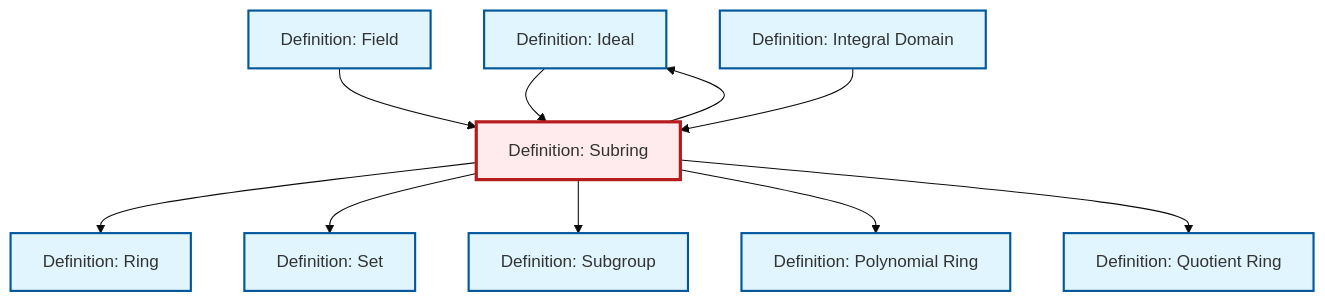
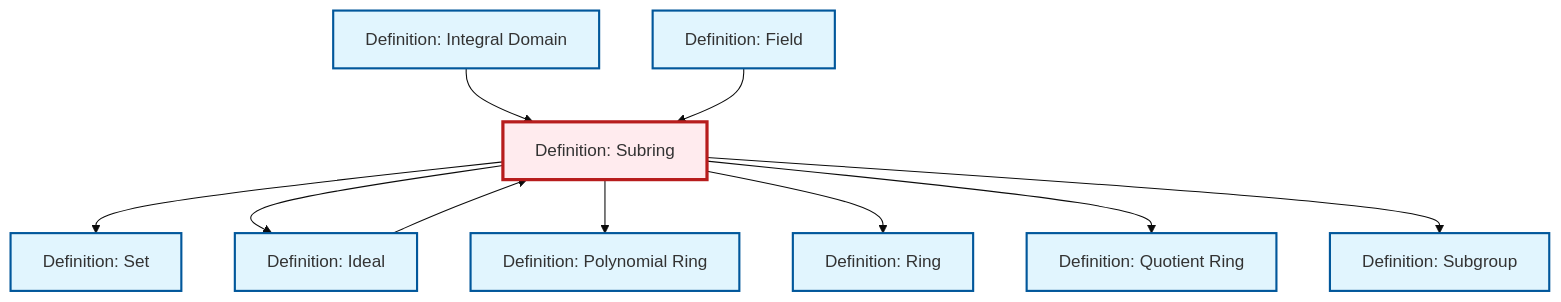
The diagram in content/en/algebra/def-subring.qmd (RK0429/ModernMath), drawn with Mermaid (base theme) before and after one commit. The commit also changed other lines of this file and 1012 other files, not shown here.

````diff
--- a/content/en/algebra/def-subring.qmd
+++ b/content/en/algebra/def-subring.qmd
@@ -84,36 +84,36 @@
 ```{mermaid}
 %%| fig-cap: "Local dependency graph"
 graph TD
     classDef definition fill:#e1f5fe,stroke:#01579b,stroke-width:2px
     classDef theorem fill:#f3e5f5,stroke:#4a148c,stroke-width:2px
     classDef axiom fill:#fff3e0,stroke:#e65100,stroke-width:2px
     classDef example fill:#e8f5e9,stroke:#1b5e20,stroke-width:2px
     classDef current fill:#ffebee,stroke:#b71c1c,stroke-width:3px
+    def-field["Definition: Field"]:::definition
+    def-subring["Definition: Subring"]:::definition
+    def-ring["Definition: Ring"]:::definition
+    def-subgroup["Definition: Subgroup"]:::definition
     def-set["Definition: Set"]:::definition
+    def-quotient-ring["Definition: Quotient Ring"]:::definition
+    def-polynomial-ring["Definition: Polynomial Ring"]:::definition
+    def-integral-domain["Definition: Integral Domain"]:::definition
     def-ideal["Definition: Ideal"]:::definition
-    def-polynomial-ring["Definition: Polynomial Ring"]:::definition
-    def-field["Definition: Field"]:::definition
-    def-quotient-ring["Definition: Quotient Ring"]:::definition
-    def-subgroup["Definition: Subgroup"]:::definition
-    def-integral-domain["Definition: Integral Domain"]:::definition
-    def-ring["Definition: Ring"]:::definition
-    def-subring["Definition: Subring"]:::definition
-    def-subring --> def-ring
     def-subring --> def-set
-    def-subring --> def-subgroup
-    def-subring --> def-polynomial-ring
+    def-integral-domain --> def-subring
     def-field --> def-subring
     def-subring --> def-ideal
+    def-subring --> def-polynomial-ring
+    def-subring --> def-ring
     def-subring --> def-quotient-ring
+    def-subring --> def-subgroup
     def-ideal --> def-subring
-    def-integral-domain --> def-subring
     class def-subring current
+    click def-field "def-field.html" "Go to Field definition"
+    click def-ring "def-ring.html" "Go to Ring definition"
+    click def-subgroup "def-subgroup.html" "Go to Subgroup definition"
     click def-set "def-set.html" "Go to Set definition"
+    click def-quotient-ring "def-quotient-ring.html" "Go to Quotient Ring definition"
+    click def-polynomial-ring "def-polynomial-ring.html" "Go to Polynomial Ring definition"
+    click def-integral-domain "def-integral-domain.html" "Go to Integral Domain definition"
     click def-ideal "def-ideal.html" "Go to Ideal definition"
-    click def-polynomial-ring "def-polynomial-ring.html" "Go to Polynomial Ring definition"
-    click def-field "def-field.html" "Go to Field definition"
-    click def-quotient-ring "def-quotient-ring.html" "Go to Quotient Ring definition"
-    click def-subgroup "def-subgroup.html" "Go to Subgroup definition"
-    click def-integral-domain "def-integral-domain.html" "Go to Integral Domain definition"
-    click def-ring "def-ring.html" "Go to Ring definition"
 ```
````
